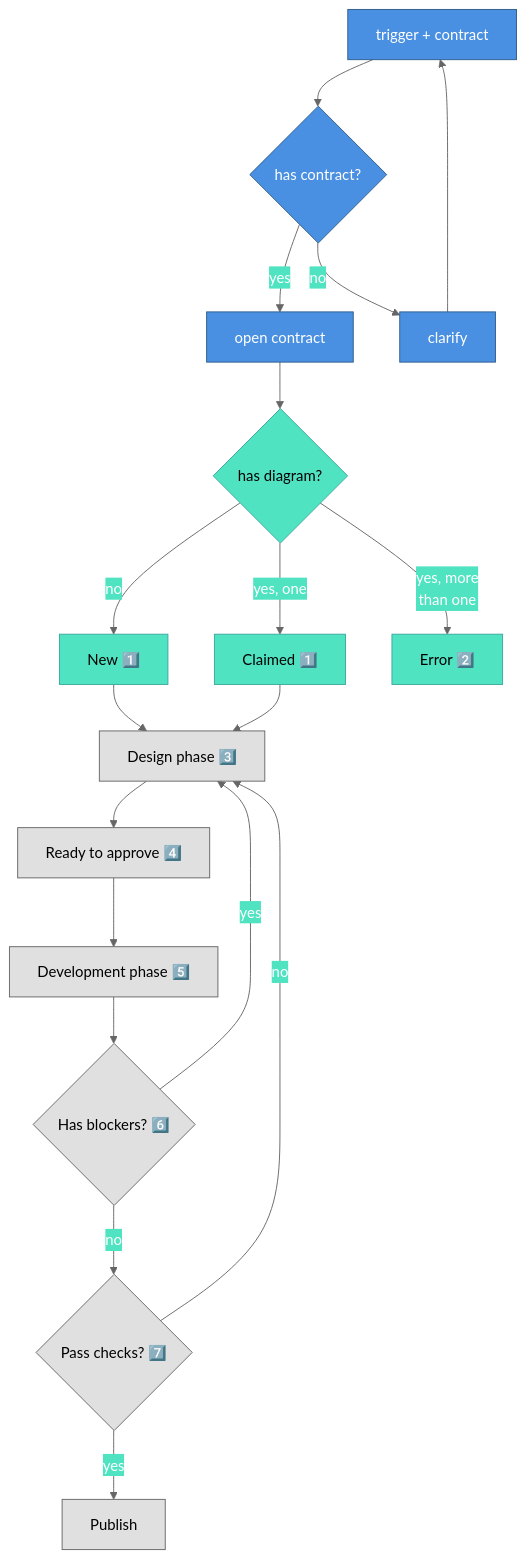
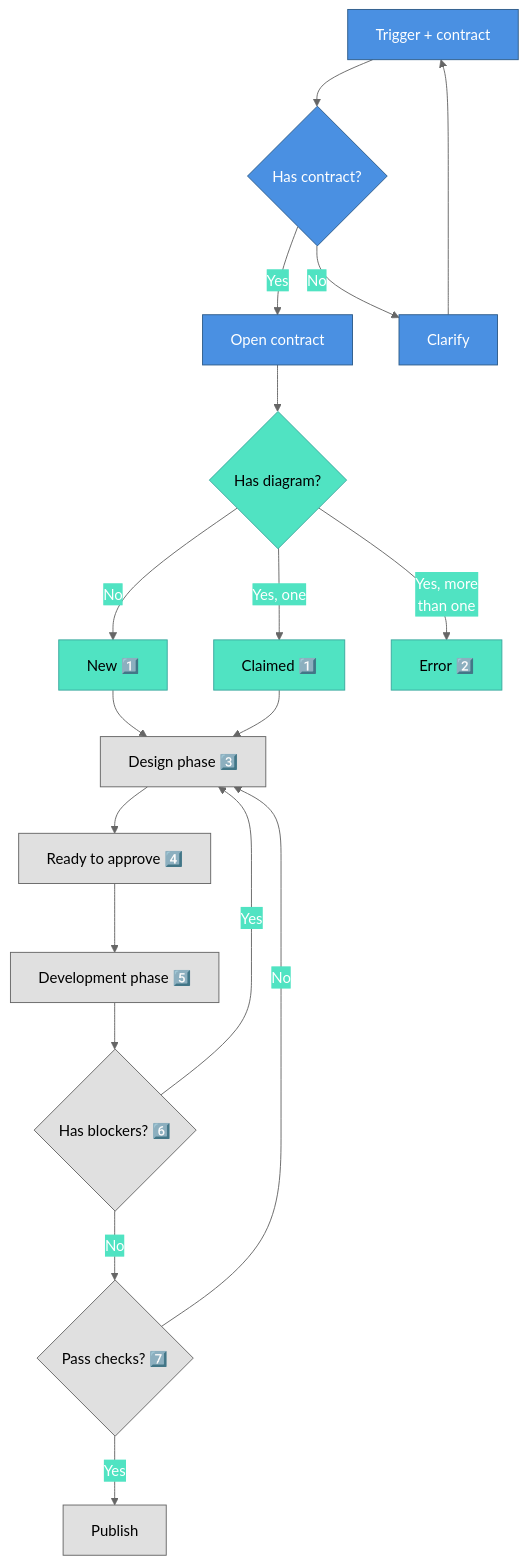
One commit to nonlinear/skills changed the diagram in contract-diagram/SKILL.md. Above: the diagram before and after it, drawn with Mermaid.

Commit message:
Capitalize all node labels (Trigger, Has contract?, etc.)

````diff
--- a/contract-diagram/SKILL.md
+++ b/contract-diagram/SKILL.md
@@ -14,47 +14,47 @@
 ```mermaid
 %%{init: {'theme':'base','themeVariables':{"primaryColor":"#4A90E2","primaryTextColor":"#fff","primaryBorderColor":"#2E5C8A","lineColor":"#666","secondaryColor":"#50E3C2","tertiaryColor":"#FFD700"}}}%%
 flowchart TD
-    TRIGGER["trigger + contract"]
-    CHECK_CONTRACT{"has contract?"}
-    OPEN["open contract"]
-    CLARIFY["clarify"]
-    CHECK_DIAGRAM{"has diagram?"}
+    TRIGGER["Trigger + contract"]
+    CHECK_CONTRACT{"Has contract?"}
+    OPEN["Open contract"]
+    CLARIFY["Clarify"]
+    CHECK_DIAGRAM{"Has diagram?"}
     CREATE["New 1️⃣"]
     CLAIM["Claimed 1️⃣"]
     ERROR["Error 2️⃣"]
     
     DESIGN["Design phase 3️⃣"]
     SIGNOFF["Ready to approve 4️⃣"]
     DEVELOPMENT["Development phase 5️⃣"]
     BLOCKERS{"Has blockers? 6️⃣"}
     TESTS{"Pass checks? 7️⃣"}
     PUBLISH["Publish"]
     
     TRIGGER --> CHECK_CONTRACT
-    CHECK_CONTRACT -->|yes| OPEN
-    CHECK_CONTRACT -->|no| CLARIFY
+    CHECK_CONTRACT -->|Yes| OPEN
+    CHECK_CONTRACT -->|No| CLARIFY
     CLARIFY --> TRIGGER
     
     OPEN --> CHECK_DIAGRAM
-    CHECK_DIAGRAM -->|yes, more<br/>than one| ERROR
-    CHECK_DIAGRAM -->|yes, one| CLAIM
-    CHECK_DIAGRAM -->|no| CREATE
+    CHECK_DIAGRAM -->|Yes, more<br/>than one| ERROR
+    CHECK_DIAGRAM -->|Yes, one| CLAIM
+    CHECK_DIAGRAM -->|No| CREATE
     
     CREATE --> DESIGN
     CLAIM --> DESIGN
     DESIGN --> SIGNOFF
     SIGNOFF --> DEVELOPMENT
     DEVELOPMENT --> BLOCKERS
-    BLOCKERS -->|yes| DESIGN
-    BLOCKERS -->|no| TESTS
-    TESTS -->|yes| PUBLISH
-    TESTS -->|no| DESIGN
+    BLOCKERS -->|Yes| DESIGN
+    BLOCKERS -->|No| TESTS
+    TESTS -->|Yes| PUBLISH
+    TESTS -->|No| DESIGN
     
     classDef default fill:#e0e0e0,stroke:#666,color:#000
     classDef approved fill:#4A90E2,stroke:#2E5C8A,color:#fff
     classDef developed fill:#50E3C2,stroke:#3aa89e,color:#000
     
     class TRIGGER,CHECK_CONTRACT,OPEN,CLARIFY approved
     class CHECK_DIAGRAM,CREATE,CLAIM,ERROR developed
     class DESIGN,SIGNOFF,DEVELOPMENT,BLOCKERS,TESTS,PUBLISH default
 ```
````
